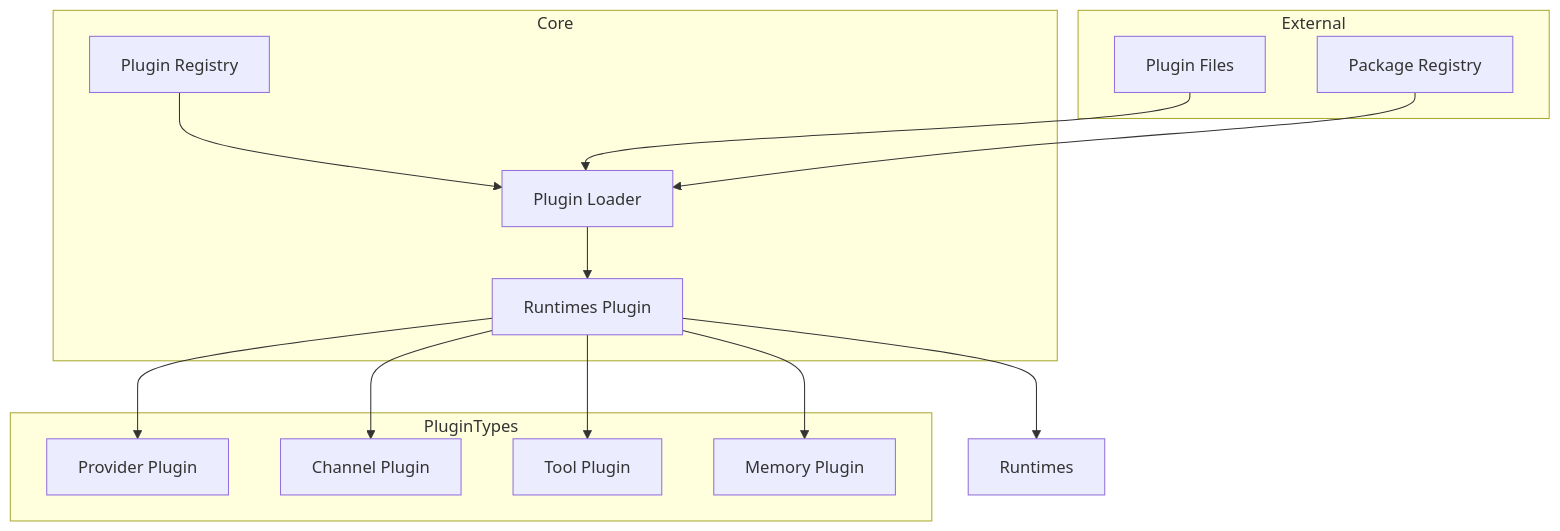
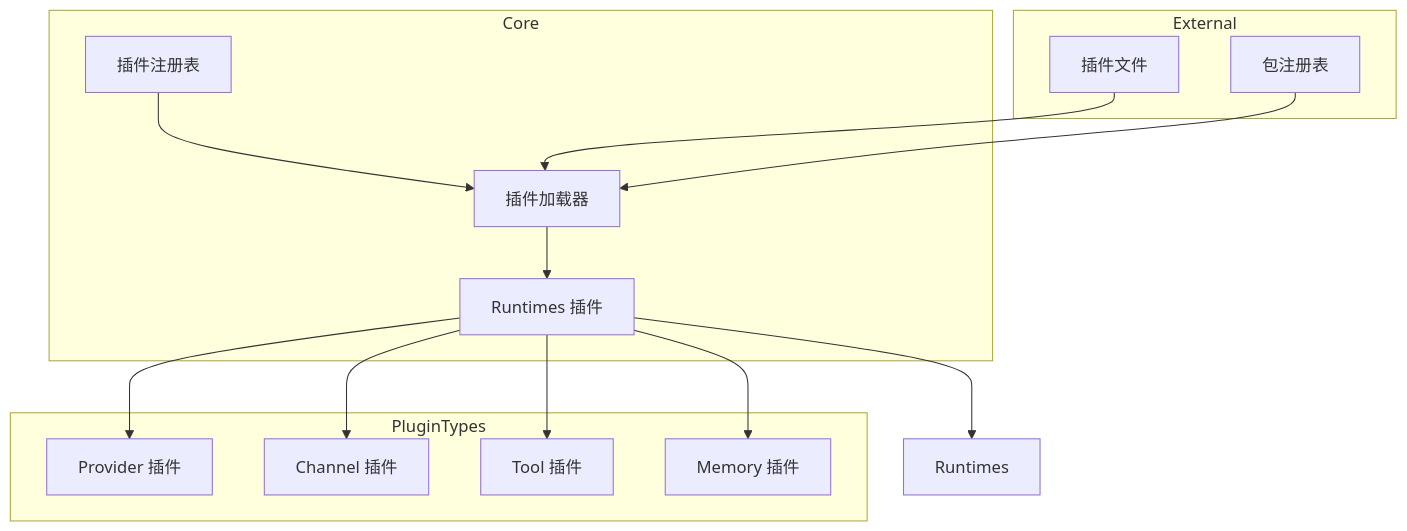
Before and after one commit to a576378368/openclaw_docs: the first of 3 diagrams in docs/zh/architecture-book/part-3-plugin-system/01-plugin-architecture.md, drawn with Mermaid. The commit also changed other lines of this file and 7 other files, not shown here.

````diff
--- a/docs/zh/architecture-book/part-3-plugin-system/01-plugin-architecture.md
+++ b/docs/zh/architecture-book/part-3-plugin-system/01-plugin-architecture.md
@@ -15,31 +15,31 @@
 ```mermaid
 flowchart TB
     subgraph Core
-        Registry[Plugin Registry]
-        Loader[Plugin Loader]
-        Runtime[Plugin Runtime]
+        Registry[插件注册表]
+        Loader[插件加载器]
+        Runtime[插件运行时]
     end
 
     subgraph PluginTypes
-        Provider[Provider Plugin]
-        Channel[Channel Plugin]
-        Tool[Tool Plugin]
-        Memory[Memory Plugin]
-        Runtime[Runtimes Plugin]
+        Provider[Provider 插件]
+        Channel[Channel 插件]
+        Tool[Tool 插件]
+        Memory[Memory 插件]
+        Runtime[Runtimes 插件]
     end
 
     subgraph External
-        Files[Plugin Files]
-        NPM[Package Registry]
+        Files[插件文件]
+        NPM[包注册表]
     end
 
     Registry --> Loader
     Loader --> Runtime
     Runtime --> Provider
     Runtime --> Channel
     Runtime --> Tool
     Runtime --> Memory
     Runtime --> Runtimes
     Files --> Loader
     NPM --> Loader
 ```
````
